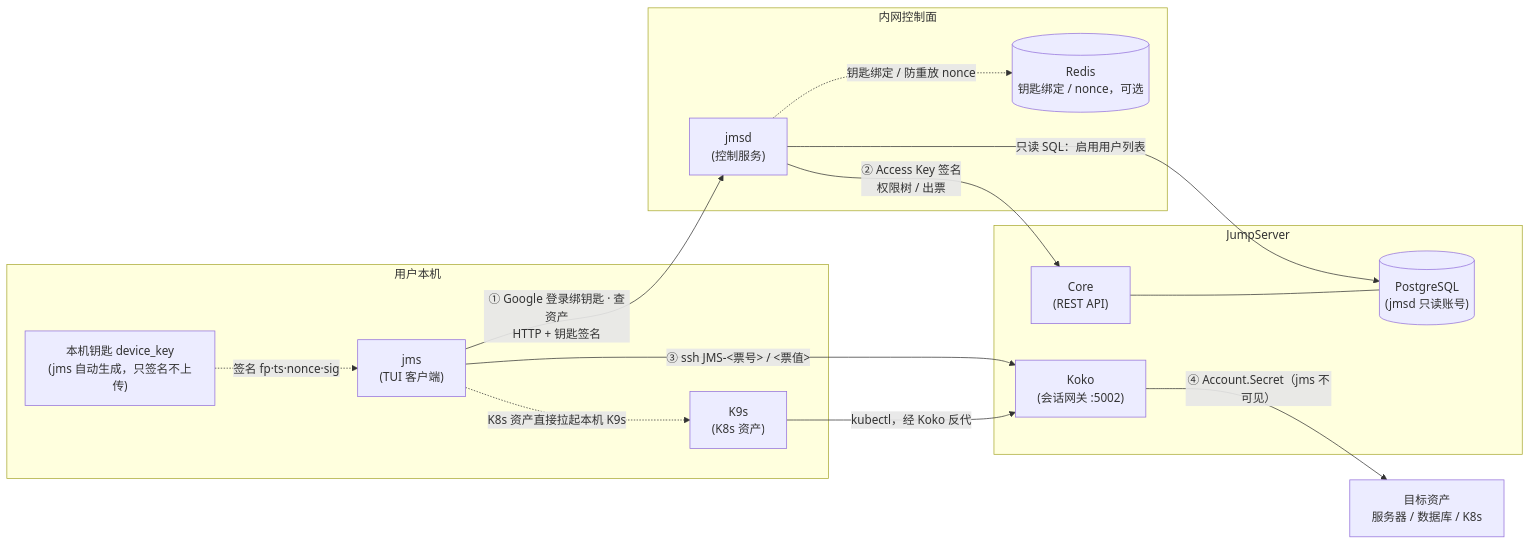
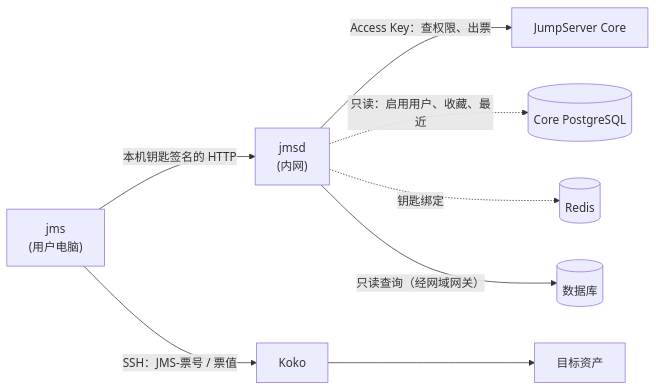
One commit to ox-warrior/jms changed the diagram in README.md. Above: the diagram before and after it, drawn with Mermaid. The commit also changed other lines of this file and 13 other files, not shown here.

````diff
--- a/README.md
+++ b/README.md
@@ -15,32 +12,10 @@
 ```mermaid
 flowchart LR
-    subgraph client["用户本机"]
-        key["本机钥匙 device_key\n(jms 自动生成，只签名不上传)"]
-        jms["jms\n(TUI 客户端)"]
-        k9s["K9s\n(K8s 资产)"]
-    end
-
-    subgraph ctrl["内网控制面"]
-        jmsd["jmsd\n(控制服务)"]
-        redis[("Redis\n钥匙绑定 / nonce，可选")]
-    end
-
-    subgraph js["JumpServer"]
-        core["Core\n(REST API)"]
-        pg[("PostgreSQL\n(jmsd 只读账号)")]
-        koko["Koko\n(会话网关 :5002)"]
-    end
-
-    target["目标资产\n服务器 / 数据库 / K8s"]
-
-    key -.签名 fp·ts·nonce·sig.-> jms
-    jms -- "① Google 登录绑钥匙 · 查资产\nHTTP + 钥匙签名" --> jmsd
-    jmsd -- "只读 SQL：启用用户列表" --> pg
-    jmsd -. "钥匙绑定 / 防重放 nonce" .-> redis
-    jmsd -- "② Access Key 签名\n权限树 / 出票" --> core
-    core --- pg
-    jms -- "③ ssh JMS-<票号> / <票值>" --> koko
-    koko -- "④ Account.Secret（jms 不可见）" --> target
-    jms -. "K8s 资产直接拉起本机 K9s" .-> k9s
-    k9s -- "kubectl，经 Koko 反代" --> koko
+    jms["jms<br/>(用户电脑)"] -- "本机钥匙签名的 HTTP" --> jmsd["jmsd<br/>(内网)"]
+    jmsd -- "Access Key：查权限、出票" --> core["JumpServer Core"]
+    jmsd -. "只读：启用用户、收藏、最近" .-> pg[("Core PostgreSQL")]
+    jmsd -. "钥匙绑定" .-> redis[("Redis")]
+    jms -- "SSH：JMS-票号 / 票值" --> koko["Koko"]
+    koko --> target["目标资产"]
+    jmsd -- "只读查询（经网域网关）" --> db[("数据库")]
 ```
````
